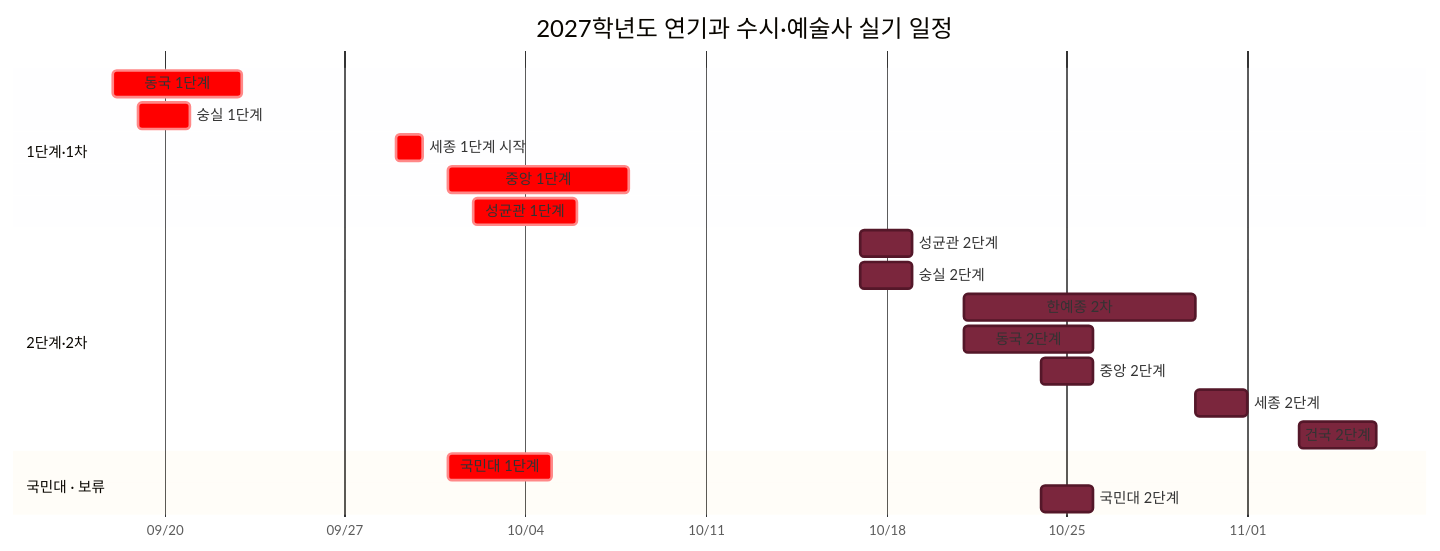
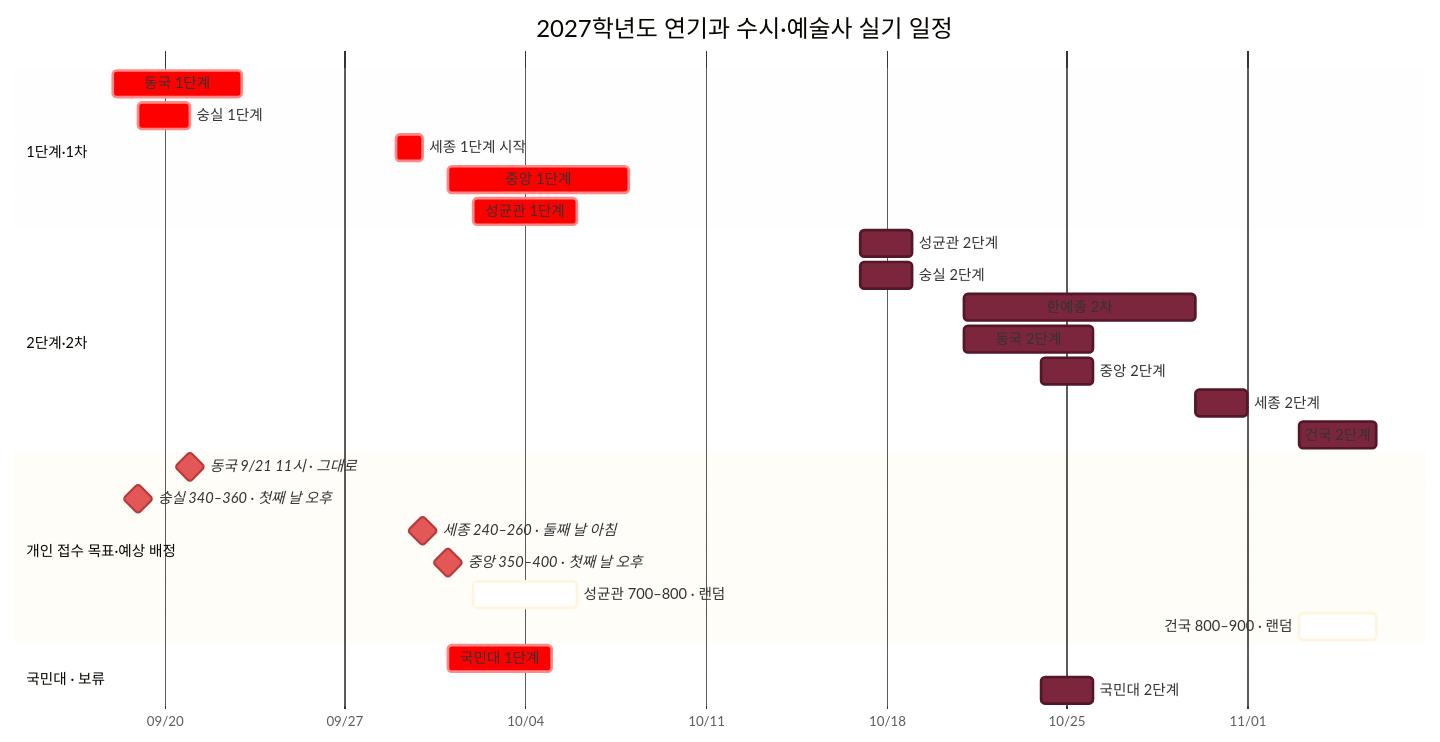
Before and after one commit to Aera0512/Base_: the diagram in 정리/입시/2027 연기과 시험 일정 그래프.md, drawn with Mermaid. The commit also changed 1 other file, not shown here.

Commit message:
vault backup: 2026-09-06 14:05:12

````diff
--- a/정리/입시/2027 연기과 시험 일정 그래프.md
+++ b/정리/입시/2027 연기과 시험 일정 그래프.md
@@ -20,27 +20,35 @@
 ```mermaid
 %%{init: {"theme":"base","themeVariables":{"taskBkgColor":"#E45757","taskBorderColor":"#B63A3A","doneTaskBkgColor":"#7B263D","doneTaskBorderColor":"#541729","doneTaskTextColor":"#FFFFFF"}}}%%
 gantt
     title 2027학년도 연기과 수시·예술사 실기 일정
     dateFormat  YYYY-MM-DD
     axisFormat  %m/%d
 
     section 1단계·1차
     동국 1단계                    :crit, dongguk1, 2026-09-18, 2026-09-23
     숭실 1단계                    :crit, ssu1, 2026-09-19, 2026-09-21
     세종 1단계 시작               :crit, sejong1, 2026-09-29, 1d
     중앙 1단계                    :crit, cau1, 2026-10-01, 2026-10-08
     성균관 1단계                  :crit, skku1, 2026-10-02, 2026-10-06
 
     section 2단계·2차
     성균관 2단계                  :done, skku2, 2026-10-17, 2026-10-19
     숭실 2단계                    :done, ssu2, 2026-10-17, 2026-10-19
     한예종 2차                    :done, karts2, 2026-10-21, 2026-10-30
     동국 2단계                    :done, dongguk2, 2026-10-21, 2026-10-26
     중앙 2단계                    :done, cau2, 2026-10-24, 2026-10-26
     세종 2단계                    :done, sejong2, 2026-10-30, 2026-11-01
     건국 2단계                    :done, konkuk2, 2026-11-03, 2026-11-06
 
+    section 개인 접수 목표·예상 배정
+    동국 9/21 11시 · 그대로        :milestone, target_dongguk, 2026-09-21, 0d
+    숭실 340–360 · 첫째 날 오후    :milestone, target_ssu, 2026-09-19, 0d
+    세종 240–260 · 둘째 날 아침    :milestone, target_sejong, 2026-09-30, 0d
+    중앙 350–400 · 첫째 날 오후    :milestone, target_cau, 2026-10-01, 0d
+    성균관 700–800 · 랜덤          :active, target_skku, 2026-10-02, 2026-10-06
+    건국 800–900 · 랜덤            :active, target_konkuk, 2026-11-03, 2026-11-06
+
     section 국민대 · 보류
     국민대 1단계                  :crit, kookmin1, 2026-10-01, 2026-10-05
     국민대 2단계                  :done, kookmin2, 2026-10-24, 2026-10-26
 ```
````
